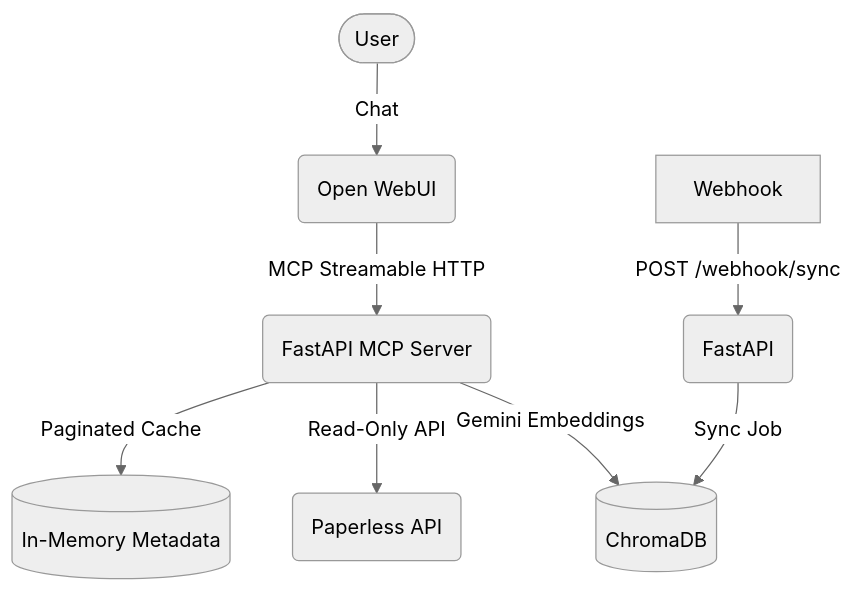
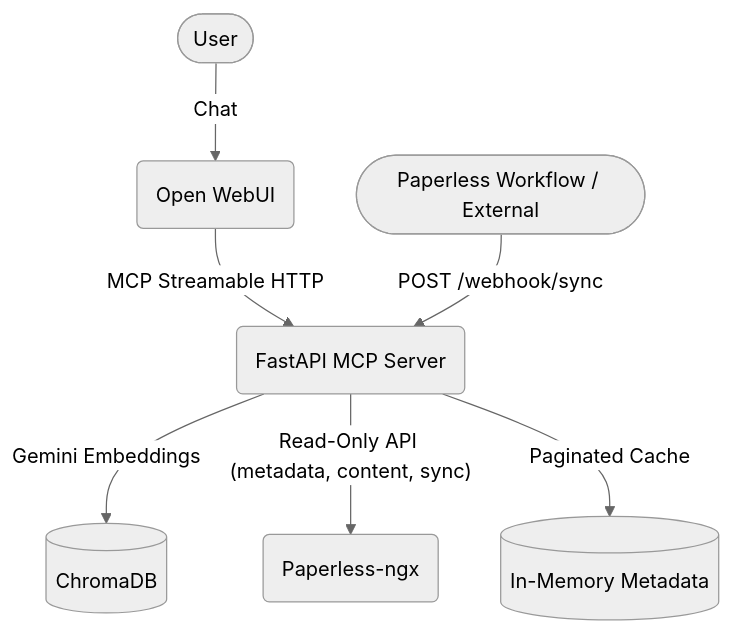
Before and after one commit to hensing/searchless-ngx: the diagram in README.md, drawn with Mermaid (neutral theme). The commit also changed other lines of this file and 9 other files, not shown here.

````diff
--- a/README.md
+++ b/README.md
@@ -40,11 +40,10 @@
 ```mermaid
 graph TD
     User([User]) -->|Chat| OWUI(Open WebUI)
     OWUI -->|MCP Streamable HTTP| MCP(FastAPI MCP Server)
     MCP -->|Gemini Embeddings| Chroma[(ChromaDB)]
-    MCP -->|Read-Only API| API(Paperless API)
+    MCP -->|"Read-Only API (metadata, content, sync)"| Paperless(Paperless-ngx)
     MCP -->|Paginated Cache| Cache[(In-Memory Metadata)]
 
-    Client[Webhook] -->|POST /webhook/sync| Webhook(FastAPI)
-    Webhook -->|Sync Job| Chroma
+    External([Paperless Workflow / External]) -->|POST /webhook/sync| MCP
 ```
````
